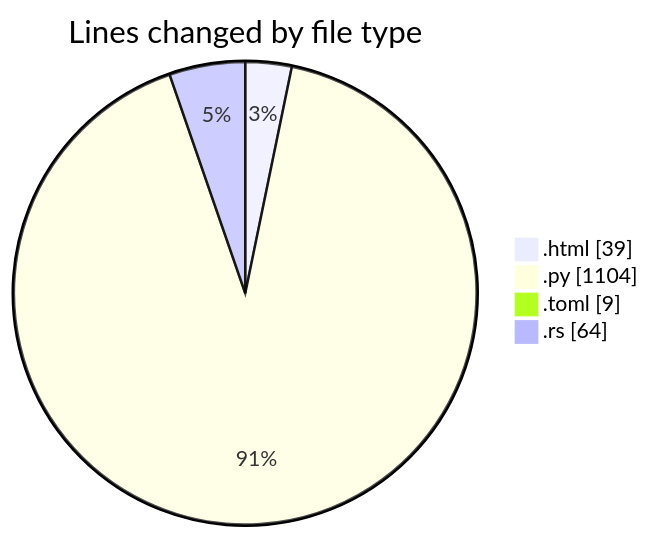
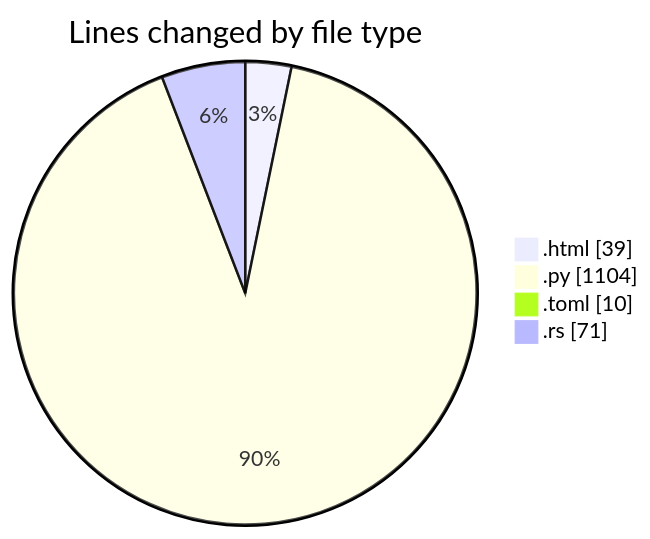
One commit to Ritupan-Deka/code-tracking changed the first of 2 diagrams in 2025-06-22/___base/README.md. Above: the diagram before and after it, drawn with Mermaid. The commit also changed other lines of this file and 1 other file, not shown here.

````diff
--- a/2025-06-22/___base/README.md
+++ b/2025-06-22/___base/README.md
@@ -24,8 +24,8 @@
 ```mermaid
 pie showData
 title Lines changed by file type
 ".html" : 39
 ".py" : 1104
-".toml" : 9
-".rs" : 64
+".toml" : 10
+".rs" : 71
 ```
````
